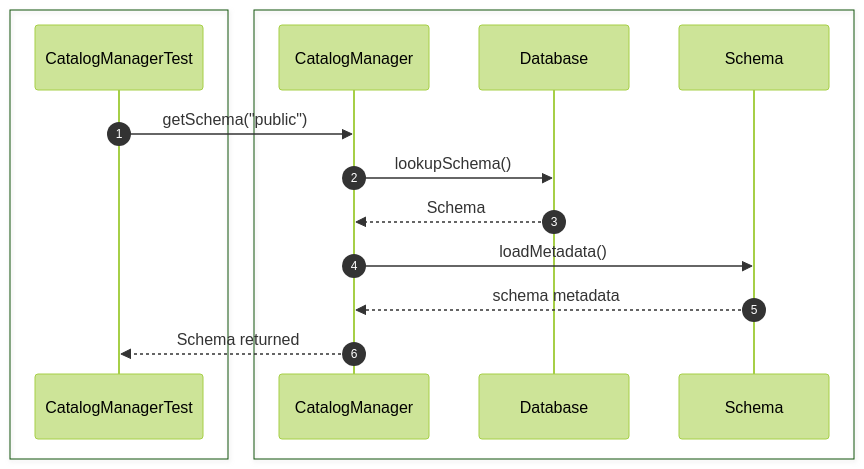
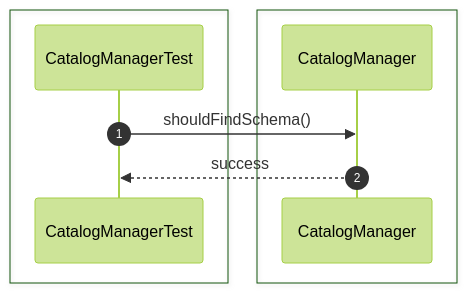
The sixth of 28 diagrams in src/sequence/catalog.md (Huy1801214/dbms-architecture), drawn with Mermaid (forest theme) before and after one commit. The commit also changed other lines of this file and 68 other files, not shown here.

Commit message:
implement comprehensive unit test suite and architectural sequence documentation

````diff
--- a/src/sequence/catalog.md
+++ b/src/sequence/catalog.md
@@ -122,24 +81,13 @@
 ```mermaid
 sequenceDiagram
     autonumber
     box #e1f5fe Test Suite
     participant Test as CatalogManagerTest
     end
-    box #e8f5e9 Catalog Objects
-    participant Catalog as CatalogManager
-    participant DB as Database
-    participant Schema as Schema
+    box #e8f5e9 CatalogManager Component
+    participant CM as CatalogManager
     end
 
-    Test->>Catalog: getSchema("public")
-
-    Catalog->>DB: lookupSchema()
-
-    DB-->>Catalog: Schema
-
-    Catalog->>Schema: loadMetadata()
-
-    Schema-->>Catalog: schema metadata
-
-    Catalog-->>Test: Schema returned
+    Test->>CM: shouldFindSchema()
+    CM-->>Test: success
 ```
````
